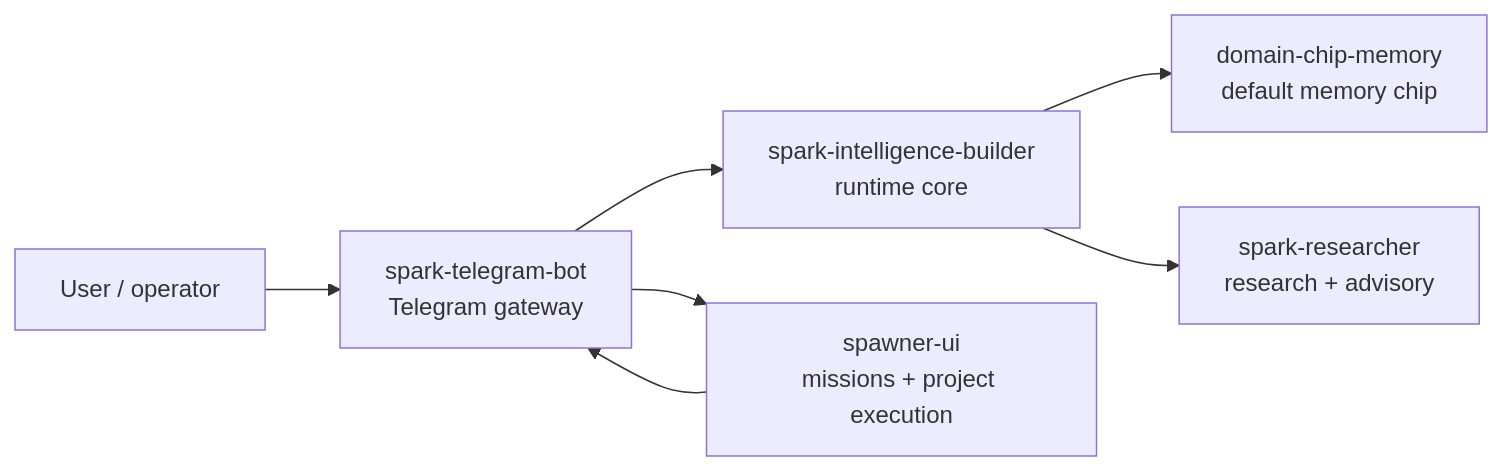
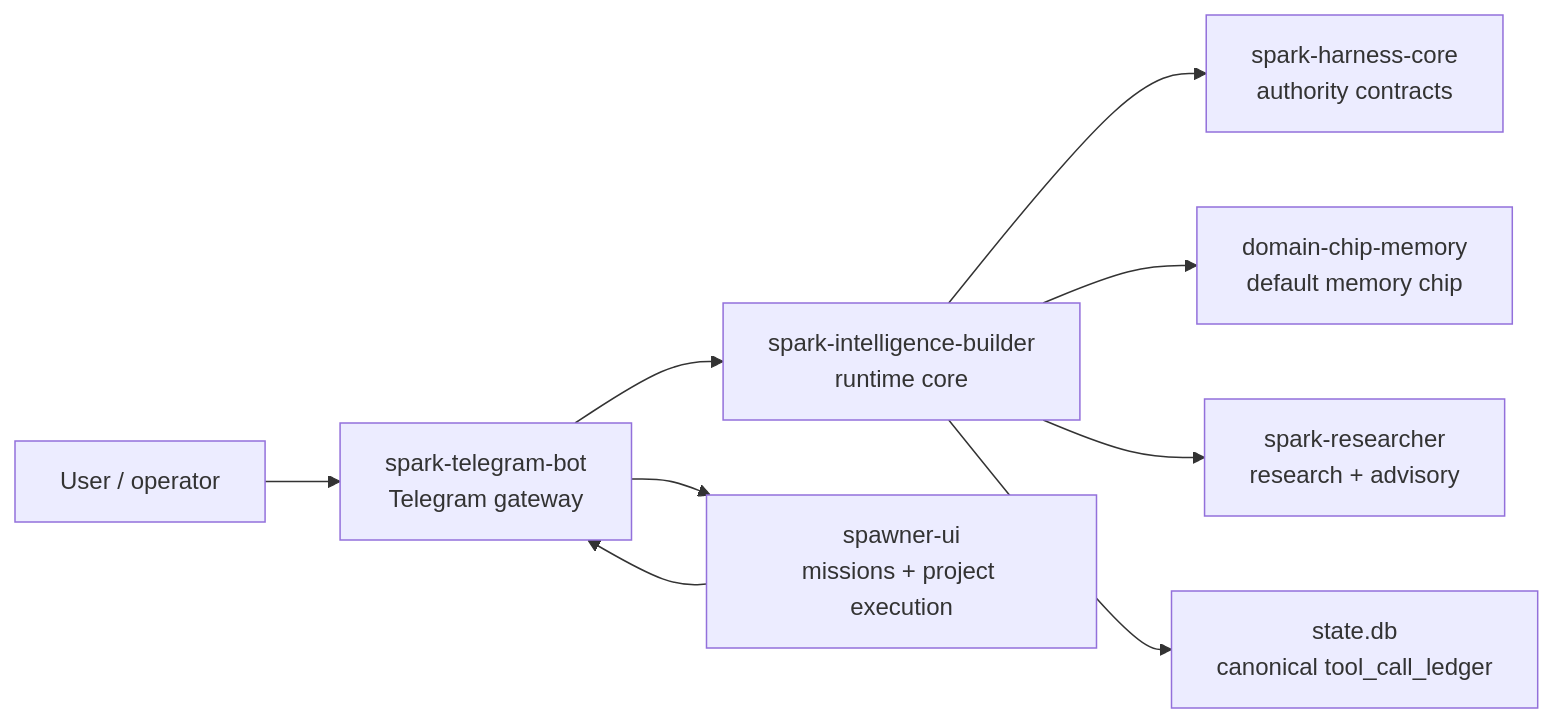
Before and after one commit to vibeforge1111/spark-intelligence-builder: the diagram in README.md, drawn with Mermaid. The commit also changed other lines of this file and 4 other files, not shown here.

Commit message:
Update Builder authority docs

````diff
--- a/README.md
+++ b/README.md
@@ -9,9 +9,11 @@
 ```mermaid
 flowchart LR
   User["User / operator"] --> Bot["spark-telegram-bot<br/>Telegram gateway"]
   Bot --> Builder["spark-intelligence-builder<br/>runtime core"]
+  Builder --> Harness["spark-harness-core<br/>authority contracts"]
   Builder --> Memory["domain-chip-memory<br/>default memory chip"]
   Builder --> Researcher["spark-researcher<br/>research + advisory"]
+  Builder --> Ledger["state.db<br/>canonical tool_call_ledger"]
   Bot --> Spawner["spawner-ui<br/>missions + project execution"]
   Spawner --> Bot
 ```
````
